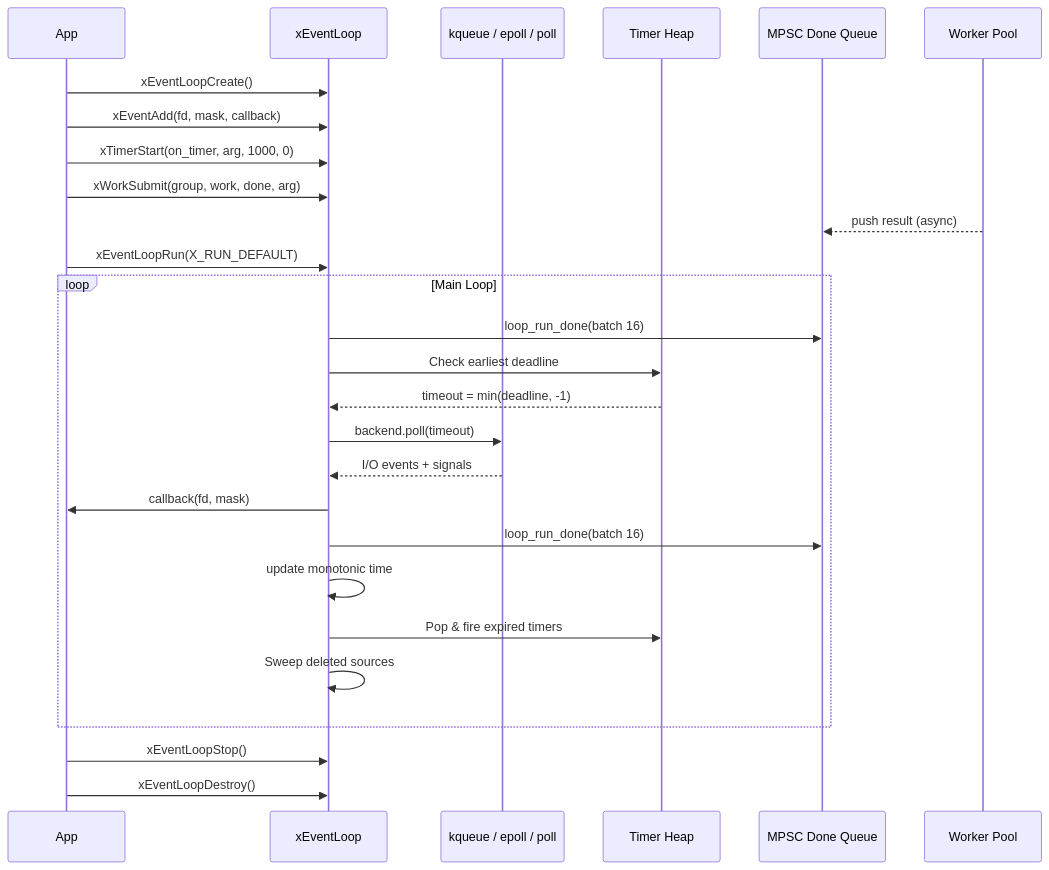
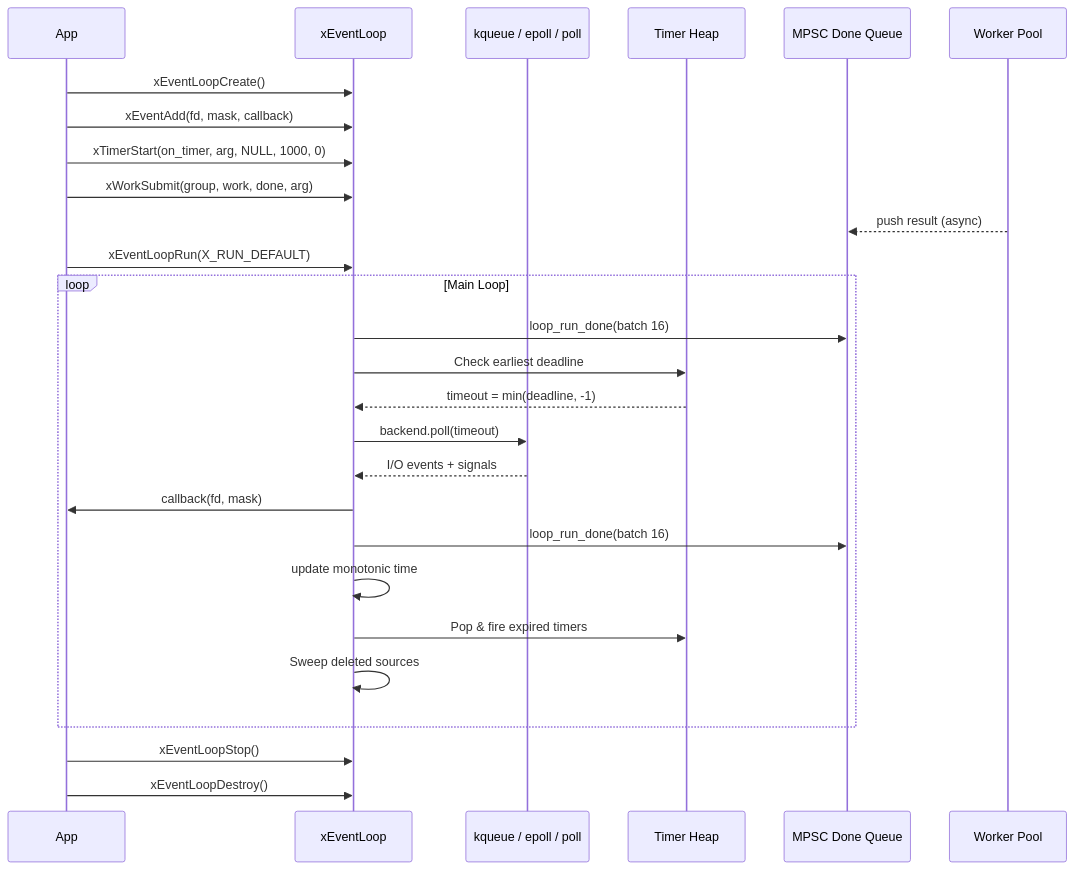
One commit to mivinci/x changed the second of 2 diagrams in docs/libx/base/event.md. Above: the diagram before and after it, drawn with Mermaid. The commit also changed other lines of this file and 71 other files, not shown here.

````diff
--- a/docs/libx/base/event.md
+++ b/docs/libx/base/event.md
@@ -97,32 +97,32 @@
 ```mermaid
 sequenceDiagram
     participant App
     participant EL as xEventLoop
     participant Backend as kqueue / epoll / poll
     participant Timer as Timer Heap
     participant DoneQ as MPSC Done Queue
     participant Pool as Worker Pool
 
     App->>EL: xEventLoopCreate()
     App->>EL: xEventAdd(fd, mask, callback)
-    App->>EL: xTimerStart(on_timer, arg, 1000, 0)
+    App->>EL: xTimerStart(on_timer, arg, NULL, 1000, 0)
     App->>EL: xWorkSubmit(group, work, done, arg)
     Pool-->>DoneQ: push result (async)
     App->>EL: xEventLoopRun(X_RUN_DEFAULT)
 
     loop Main Loop
         EL->>DoneQ: loop_run_done(batch 16)
         EL->>Timer: Check earliest deadline
         Timer-->>EL: timeout = min(deadline, -1)
         EL->>Backend: backend.poll(timeout)
         Backend-->>EL: I/O events + signals
         EL->>App: callback(fd, mask)
         EL->>DoneQ: loop_run_done(batch 16)
         EL->>EL: update monotonic time
         EL->>Timer: Pop & fire expired timers
         EL->>EL: Sweep deleted sources
     end
 
     App->>EL: xEventLoopStop()
     App->>EL: xEventLoopDestroy()
 ```
````
